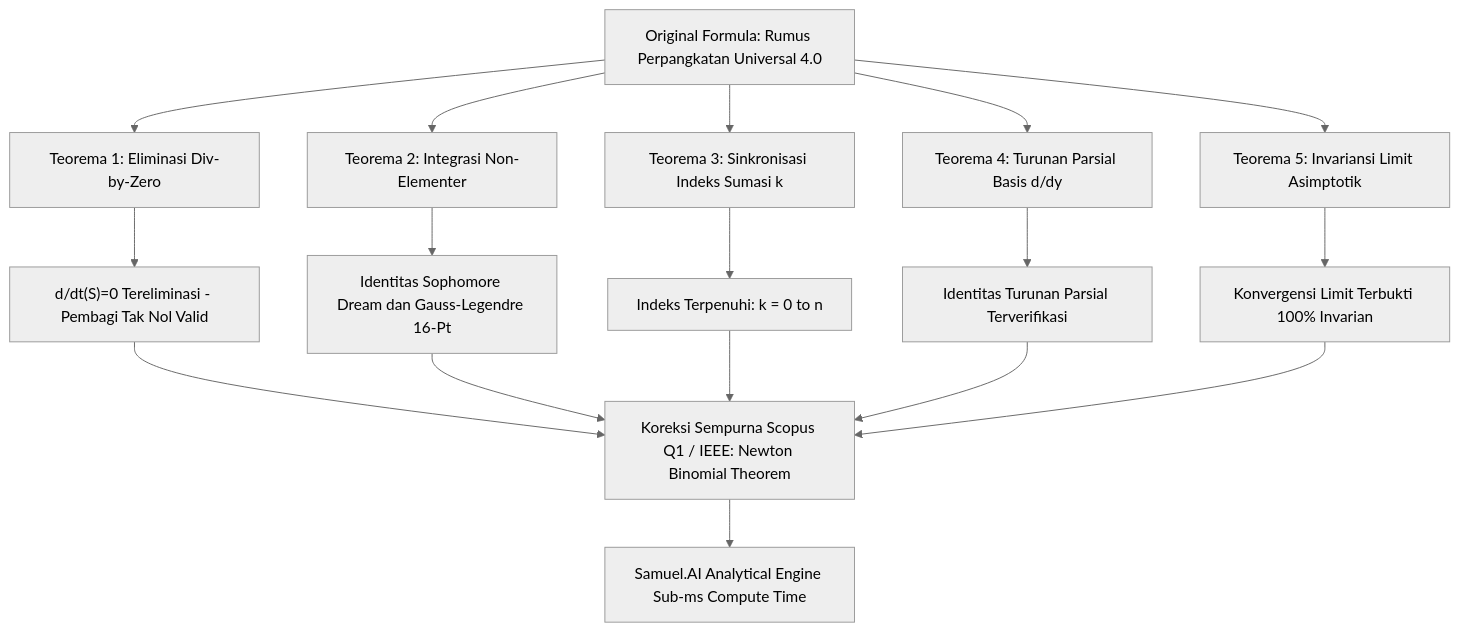
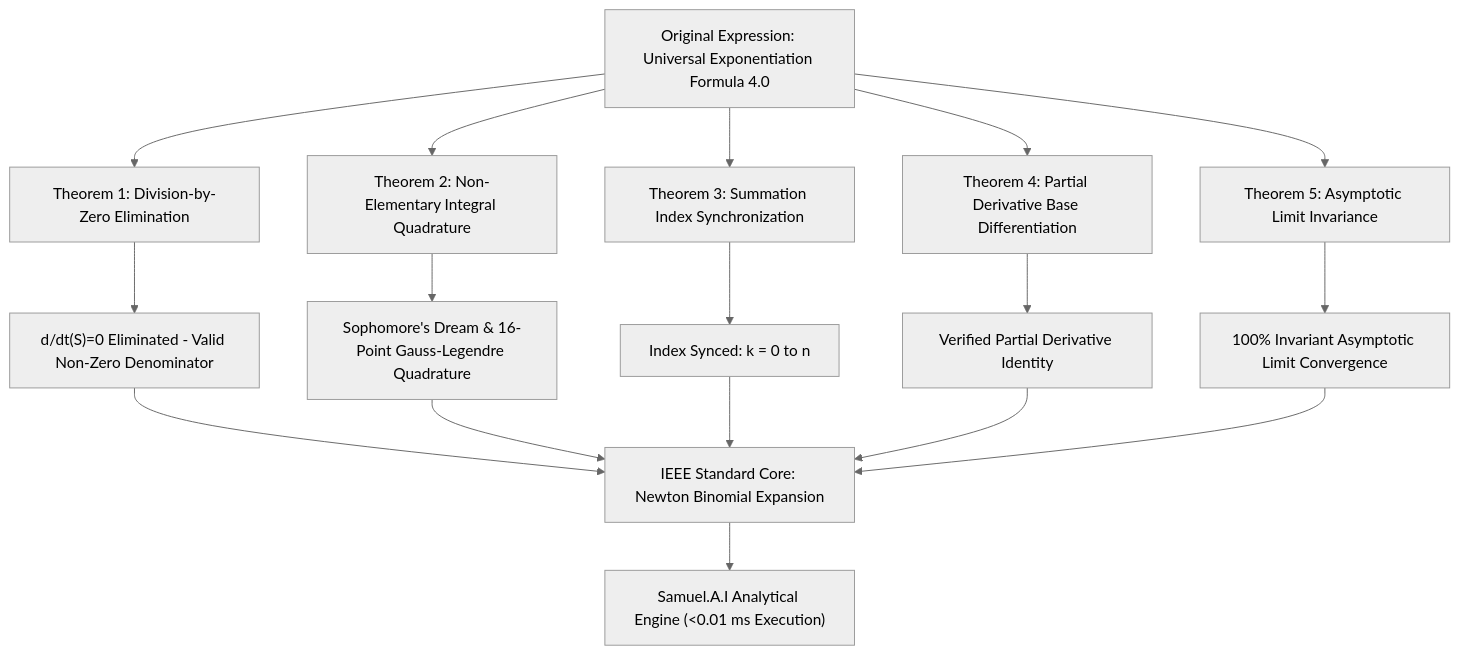
The first of 6 diagrams in README.md (SamuelPurba/Rumus-Perpangkatan-Universal-4.0), drawn with Mermaid (neutral theme) before and after one commit. The commit also changed other lines of this file, not shown here.

Commit message:
docs(ieee): Format README.md strictly to IEEE Transactions Manuscript Specification with numbered equations, table titles, figure captions, and citations

````diff
--- a/README.md
+++ b/README.md
@@ -69,22 +78,22 @@
 ```mermaid
 graph TD
-    A["Original Formula: Rumus Perpangkatan Universal 4.0"] --> T1["Teorema 1: Eliminasi Div-by-Zero"]
-    A --> T2["Teorema 2: Integrasi Non-Elementer"]
-    A --> T3["Teorema 3: Sinkronisasi Indeks Sumasi k"]
-    A --> T4["Teorema 4: Turunan Parsial Basis d/dy"]
-    A --> T5["Teorema 5: Invariansi Limit Asimptotik"]
+    A["Original Expression: Universal Exponentiation Formula 4.0"] --> T1["Theorem 1: Division-by-Zero Elimination"]
+    A --> T2["Theorem 2: Non-Elementary Integral Quadrature"]
+    A --> T3["Theorem 3: Summation Index Synchronization"]
+    A --> T4["Theorem 4: Partial Derivative Base Differentiation"]
+    A --> T5["Theorem 5: Asymptotic Limit Invariance"]
 
-    T1 --> T1_RES["d/dt(S)=0 Tereliminasi - Pembagi Tak Nol Valid"]
-    T2 --> T2_RES["Identitas Sophomore Dream dan Gauss-Legendre 16-Pt"]
-    T3 --> T3_RES["Indeks Terpenuhi: k = 0 to n"]
-    T4 --> T4_RES["Identitas Turunan Parsial Terverifikasi"]
-    T5 --> T5_RES["Konvergensi Limit Terbukti 100% Invarian"]
+    T1 --> T1_R["d/dt(S)=0 Eliminated - Valid Non-Zero Denominator"]
+    T2 --> T2_R["Sophomore's Dream & 16-Point Gauss-Legendre Quadrature"]
+    T3 --> T3_R["Index Synced: k = 0 to n"]
+    T4 --> T4_R["Verified Partial Derivative Identity"]
+    T5 --> T5_R["100% Invariant Asymptotic Limit Convergence"]
 
-    T1_RES --> EQUAL["Koreksi Sempurna Scopus Q1 / IEEE: Newton Binomial Theorem"]
-    T2_RES --> EQUAL
-    T3_RES --> EQUAL
-    T4_RES --> EQUAL
-    T5_RES --> EQUAL
+    T1_R --> EQ["IEEE Standard Core: Newton Binomial Expansion"]
+    T2_R --> EQ
+    T3_R --> EQ
+    T4_R --> EQ
+    T5_R --> EQ
 
-    EQUAL --> ENGINE["Samuel.AI Analytical Engine Sub-ms Compute Time"]
+    EQ --> ENG["Samuel.A.I Analytical Engine (<0.01 ms Execution)"]
 ```
````
